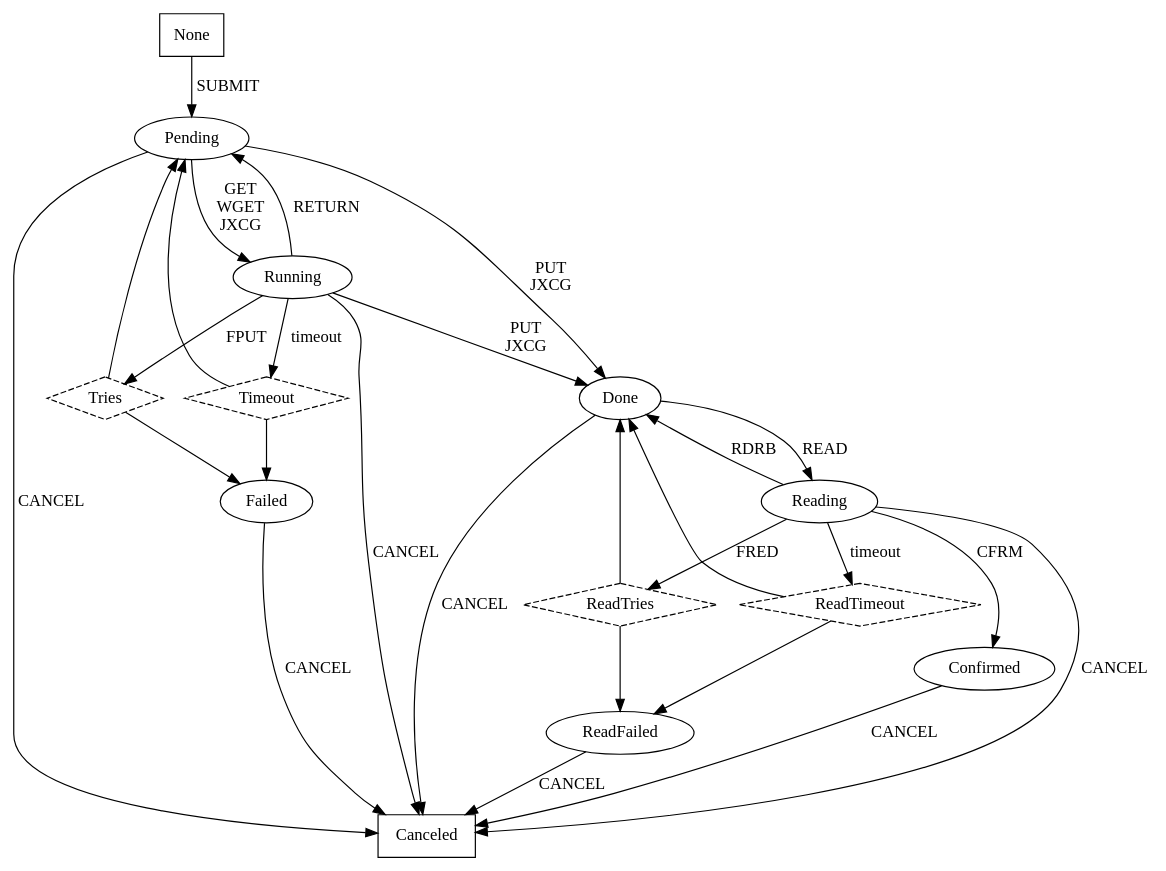
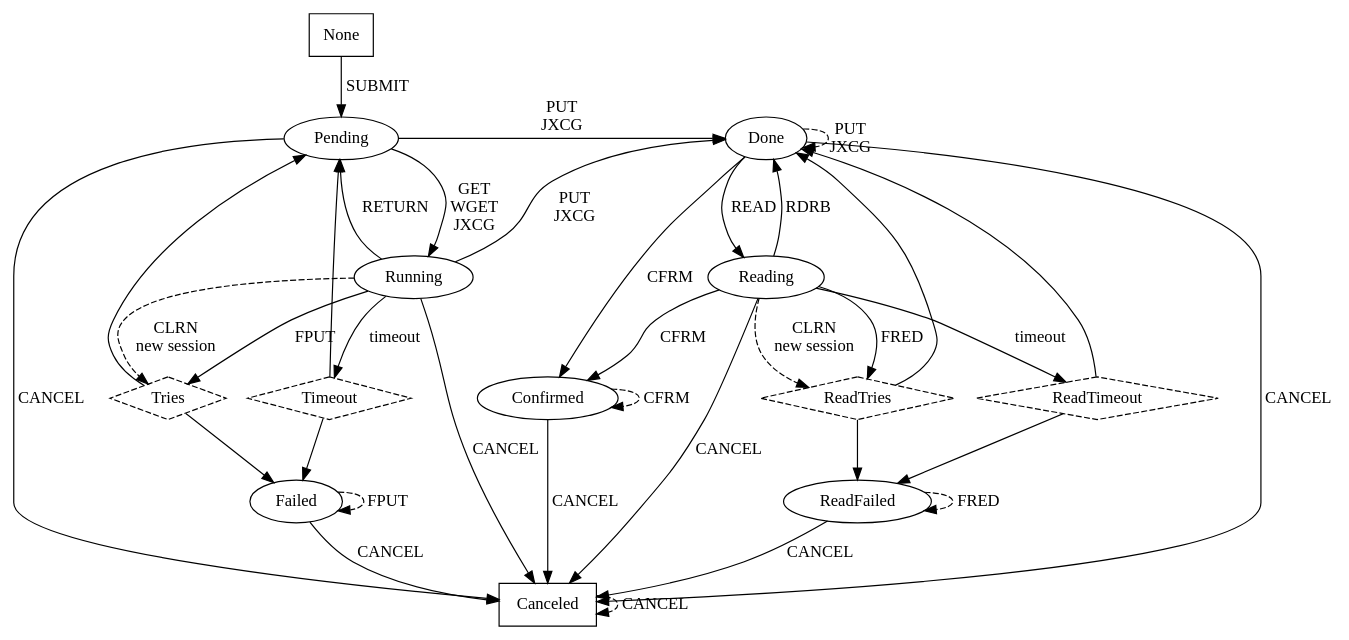
One commit to ncbi/ncbi-cxx-toolkit-public changed the diagram in src/app/netschedule/state_graph.dot. Above: the diagram before and after it, drawn with Graphviz. The commit also changed other lines of this file, not shown here.

Commit message:
Update the transition diagram to reflect the current NS implementation.

```diff
--- a/src/app/netschedule/state_graph.dot
+++ b/src/app/netschedule/state_graph.dot
@@ -1,94 +1,61 @@
 # dot -T ps state_graph.dot -o state_graph.ps
 
 digraph NetScheduleNew {
 
     None        [ label = "None",        shape = "box" ];
     Canceled    [ label = "Canceled",    shape = "box" ];
     Timeout     [ label = "Timeout",     shape = "diamond", style = "dashed" ];
     ReadTimeout [ label = "ReadTimeout", shape = "diamond", style = "dashed" ];
     Tries       [ label = "Tries",       shape = "diamond", style = "dashed" ];
     ReadTries   [ label = "ReadTries",   shape = "diamond", style = "dashed" ];
 
     None        -> Pending          [ label = "SUBMIT" ];
 
     Pending     -> Running          [ label = "GET\nWGET\nJXCG" ];
     Pending     -> Canceled         [ label = "CANCEL" ];
     Pending     -> Done             [ label = "PUT\nJXCG" ];
 
     Running     -> Pending          [ label = "RETURN" ];
     Running     -> Canceled         [ label = "CANCEL" ];
     Running     -> Done             [ label = "PUT\nJXCG" ];
     Running     -> Timeout          [ label = "timeout" ];
     Running     -> Tries            [ label = "FPUT" ];
+    Running     -> Tries            [ label = "CLRN\nnew session", style = "dashed" ];
 
     Tries       -> Failed;
     Tries       -> Pending;
 
     Timeout     -> Pending;
     Timeout     -> Failed;
 
     Failed      -> Canceled         [ label = "CANCEL" ];
+    Failed      -> Failed           [ label = "FPUT", style = "dashed" ];
 
     Done        -> Reading          [ label = "READ" ];
     Done        -> Canceled         [ label = "CANCEL" ];
+    Done        -> Done             [ label = "PUT\nJXCG", style = "dashed" ];
+    Done        -> Confirmed        [ label = "CFRM" ];
 
     Reading     -> Canceled         [ label = "CANCEL" ];
     Reading     -> Confirmed        [ label = "CFRM" ];
     Reading     -> Done             [ label = "RDRB" ];
     Reading     -> ReadTimeout      [ label = "timeout" ];
     Reading     -> ReadTries        [ label = "FRED" ];
+    Reading     -> ReadTries        [ label = "CLRN\nnew session", style = "dashed" ];
 
     ReadTries   -> ReadFailed;
     ReadTries   -> Done;
 
     ReadTimeout -> Done;
     ReadTimeout -> ReadFailed;
 
     ReadFailed  -> Canceled         [ label = "CANCEL" ];
+    ReadFailed  -> ReadFailed       [ label = "FRED", style = "dashed" ];
 
     Confirmed   -> Canceled         [ label = "CANCEL" ];
+    Confirmed   -> Confirmed        [ label = "CFRM", style = "dashed" ];
+
+    Canceled    -> Canceled         [ label = "CANCEL", style = "dashed" ];
+
+    { rank = same; "Done"; "Pending" }
 }
-
-# Old diagrams
-
-#digraph NetSchedule {
-#  None -> Pending [label="submit"];
-#
-#  Pending -> Running [label="execute"];
-#  Pending -> Canceled [label="cancel"];
-#  Pending -> Done [label="out-of-sync success"];
-#
-#
-#  Running -> Returned [label="return"];
-#  Running -> Canceled [label="cancel"];
-#  Running -> Failed [label="fail"];
-#  Running -> Done [label="success"];
-#
-#  Returned -> Pending [label="r2p"];
-#  Returned -> Running [label="r2p-execute?"];
-#  Returned -> Canceled [label="cancel"];
-#  Returned -> Failed [label="fail"];
-#  Returned -> Done [label="out-of-sync success"];
-#}
-#
-#digraph Reschedule {
-#  Running -> Pending [label="reschedule?"];
-#  Canceled -> Pending [label="reschedule"];
-#  Failed -> Pending [label="reschedule"];
-#  Done -> Pending [label="reschedule"];
-#}
-#
-#digraph Ignore {
-#  Pending -> Returned;
-#  Pending -> Failed;
-#  Canceled -> Running;
-#  Canceled -> Returned;
-#  Canceled -> Failed;
-#  Canceled -> Done;
-#  Failed -> Returned;
-#  Failed -> Canceled;
-#  Failed -> Done;
-#  Done -> Returned;
-#  Done -> Canceled;
-#  Done -> Failed;
-#}
```
